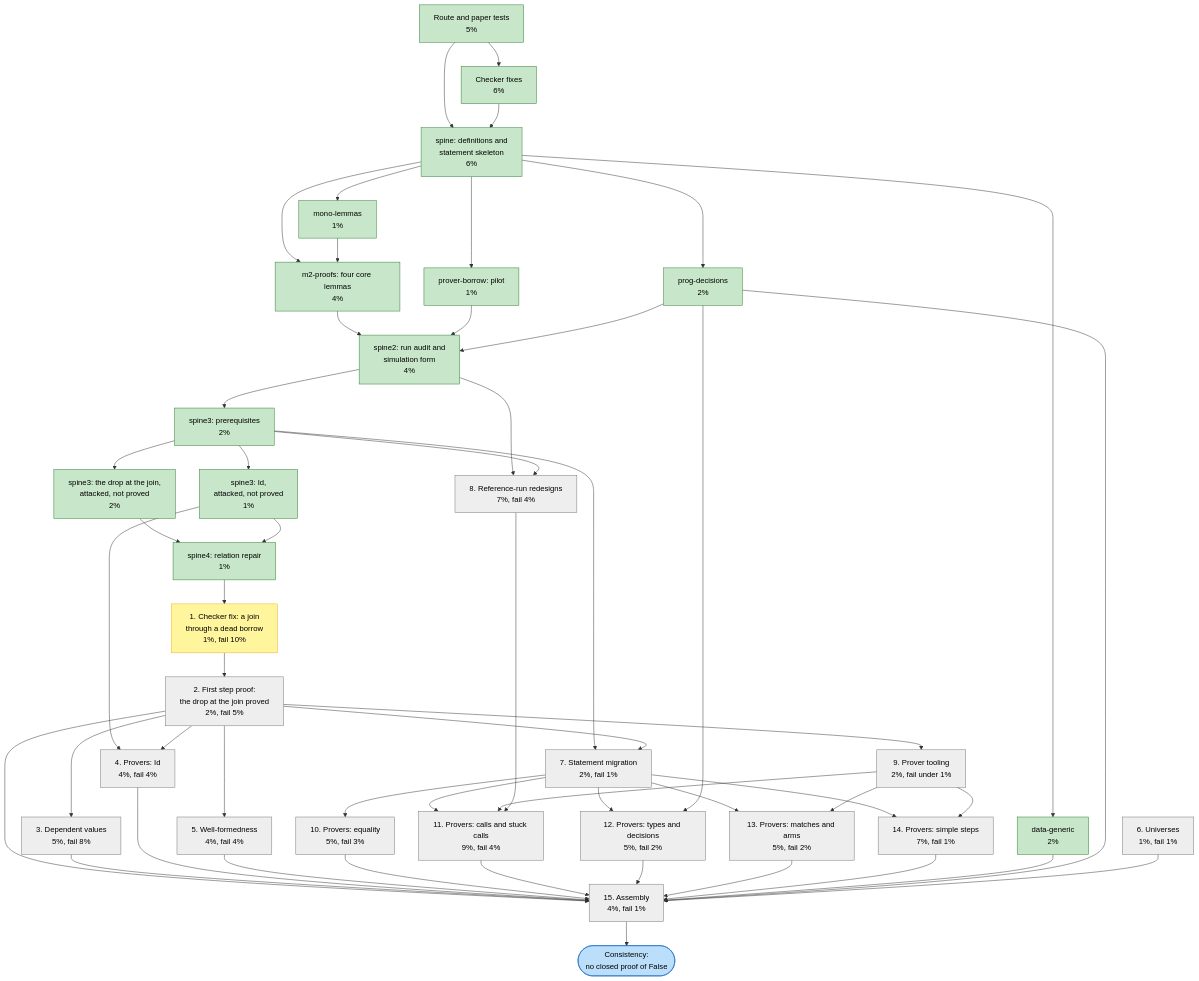
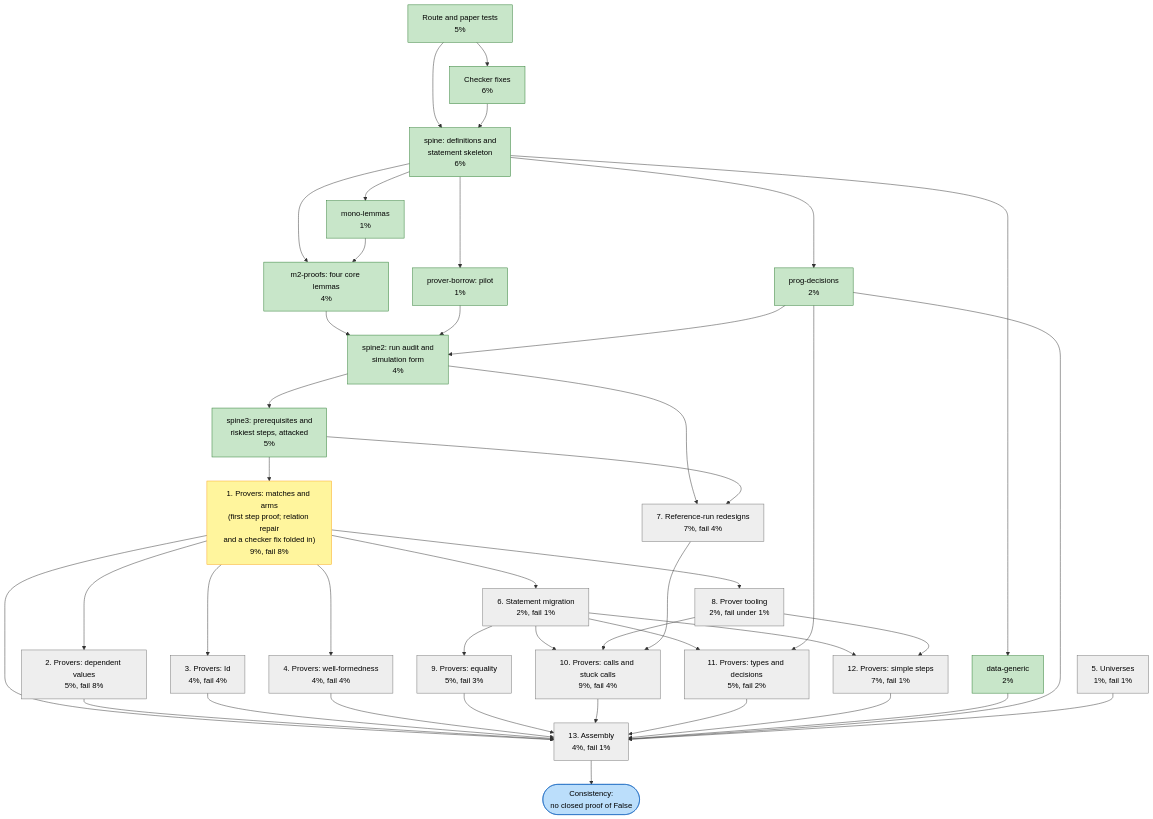
One commit to charlielidbury/ochre changed the diagram in ochr/docs/32-consistency-work-units.md. Above: the diagram before and after it, drawn with Mermaid. The commit also changed other lines of this file, not shown here.

Commit message:
ochr/docs/32: the set of rows is fixed; repairs and fixes fold into the row they served
Rows had been added as work turned out bigger than estimated (the
relation repair, the checker fix, a separate first-step-proof row, three
spine3 rows). The table is meant to be a fixed set of units whose time
and risk are re-estimated, so those are folded back: spine3's work is
one done row, and the relation repair, the checker fault and its fix,
and the first step proof are all part of matches and arms, which they
were done in service of. The rule is stated at the top.

Claude-Session: https://claude.ai/code/session_01JC2Am19pNxk9cVF1D1aZLn

```diff
--- a/ochr/docs/32-consistency-work-units.md
+++ b/ochr/docs/32-consistency-work-units.md
@@ -81,30 +77,23 @@
     pborrow["prover-borrow: pilot<br/>1%"]:::done
     spine2["spine2: run audit and<br/>simulation form<br/>4%"]:::done
 
-    spine3a["spine3: prerequisites<br/>2%"]:::done
+    spine3["spine3: prerequisites and<br/>riskiest steps, attacked<br/>5%"]:::done
 
-    joinDrop["spine3: the drop at the join,<br/>attacked, not proved<br/>2%"]:::done
-    idAtk["spine3: Id,<br/>attacked, not proved<br/>1%"]:::done
+    pMatch["1. Provers: matches and arms<br/>(first step proof; relation repair<br/>and a checker fix folded in)<br/>9%, fail 8%"]:::running
+    dep["2. Provers: dependent values<br/>5%, fail 8%"]:::todo
+    idn["3. Provers: Id<br/>4%, fail 4%"]:::todo
+    wf["4. Provers: well-formedness<br/>4%, fail 4%"]:::todo
+    universes["5. Universes<br/>1%, fail 1%"]:::todo
+    migrate["6. Statement migration<br/>2%, fail 1%"]:::todo
+    redesign["7. Reference-run redesigns<br/>7%, fail 4%"]:::todo
+    tooling["8. Prover tooling<br/>2%, fail under 1%"]:::todo
 
-    relRepair["spine4: relation repair<br/>1%"]:::done
+    pEq["9. Provers: equality<br/>5%, fail 3%"]:::todo
+    pCalls["10. Provers: calls and stuck calls<br/>9%, fail 4%"]:::todo
+    pTypes["11. Provers: types and decisions<br/>5%, fail 2%"]:::todo
+    pSimple["12. Provers: simple steps<br/>7%, fail 1%"]:::todo
 
-    fix["1. Checker fix: a join<br/>through a dead borrow<br/>1%, fail 10%"]:::running
-    pilot["2. First step proof:<br/>the drop at the join proved<br/>2%, fail 5%"]:::todo
-    dep["3. Dependent values<br/>5%, fail 8%"]:::todo
-    idn["4. Provers: Id<br/>4%, fail 4%"]:::todo
-    wf["5. Well-formedness<br/>4%, fail 4%"]:::todo
-    universes["6. Universes<br/>1%, fail 1%"]:::todo
-    migrate["7. Statement migration<br/>2%, fail 1%"]:::todo
-    redesign["8. Reference-run redesigns<br/>7%, fail 4%"]:::todo
-    tooling["9. Prover tooling<br/>2%, fail under 1%"]:::todo
-
-    pEq["10. Provers: equality<br/>5%, fail 3%"]:::todo
-    pCalls["11. Provers: calls and stuck calls<br/>9%, fail 4%"]:::todo
-    pTypes["12. Provers: types and decisions<br/>5%, fail 2%"]:::todo
-    pMatch["13. Provers: matches and arms<br/>5%, fail 2%"]:::todo
-    pSimple["14. Provers: simple steps<br/>7%, fail 1%"]:::todo
-
-    assembly["15. Assembly<br/>4%, fail 1%"]:::todo
+    assembly["13. Assembly<br/>4%, fail 1%"]:::todo
     goal(["Consistency:<br/>no closed proof of False"]):::goal
 
     tests --> fixes
@@ -120,43 +109,33 @@
     pborrow --> spine2
     progdec --> spine2
 
-    spine2 --> spine3a
+    spine2 --> spine3
     spine2 --> redesign
-    spine3a --> joinDrop
-    spine3a --> idAtk
-    spine3a --> redesign
-    spine3a --> migrate
-    joinDrop --> relRepair
-    idAtk --> relRepair
-    relRepair --> fix
-    fix --> pilot
-    idAtk --> idn
+    spine3 --> pMatch
+    spine3 --> redesign
 
-    pilot --> dep
-    pilot --> idn
-    pilot --> wf
-    pilot --> migrate
-    pilot --> tooling
+    pMatch --> dep
+    pMatch --> idn
+    pMatch --> wf
+    pMatch --> migrate
+    pMatch --> tooling
 
     migrate --> pEq
     migrate --> pCalls
     migrate --> pTypes
-    migrate --> pMatch
     migrate --> pSimple
     tooling --> pCalls
-    tooling --> pMatch
     tooling --> pSimple
     redesign --> pCalls
     progdec --> pTypes
 
-    pilot --> assembly
+    pMatch --> assembly
     dep --> assembly
     idn --> assembly
     wf --> assembly
     pEq --> assembly
     pCalls --> assembly
     pTypes --> assembly
-    pMatch --> assembly
     pSimple --> assembly
     datagen --> assembly
     progdec --> assembly
```
